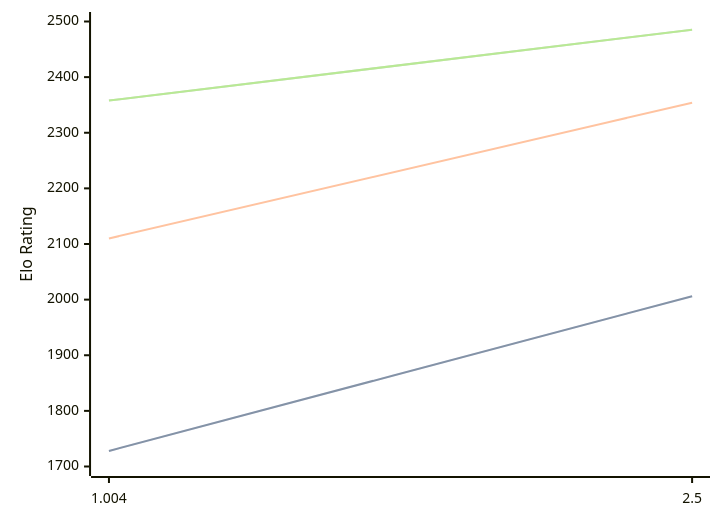
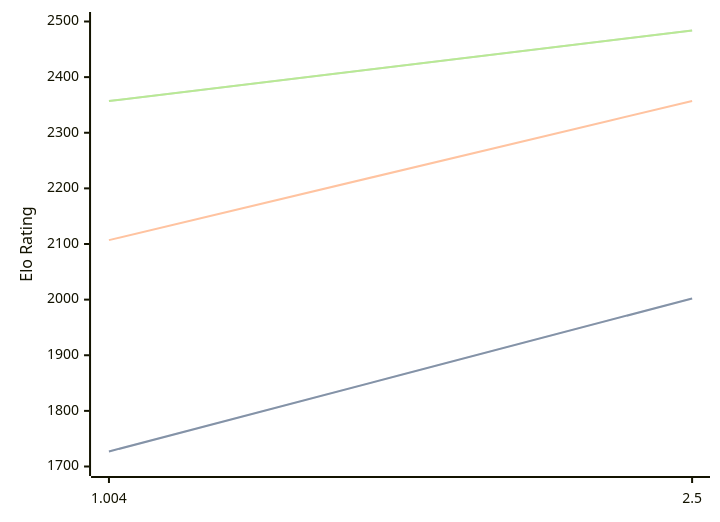
One commit to computer-chess-index/cci changed the diagram in engines/Ares.md. Above: the diagram before and after it, drawn with Mermaid. The commit also changed other lines of this file, not shown here.

Commit message:
Update CCI Ratings (ELO VLTC) - 2026-04-27

````diff
--- a/engines/Ares.md
+++ b/engines/Ares.md
@@ -32,11 +32,11 @@
 ```mermaid
 %%{init: {"theme":"base","themeVariables":{"seriesColors:['#a3a3a3','#222221','#faa371']}}}%%
 xychart-beta
   x-axis ["1.004", "2.5"]
   y-axis "Elo Rating" 1700 --> 2500
-  line "STC (8.0+0.08s)" [1728, 2006]
-  line "STC (8.0+0.08s)" [1728, 2006]
-  line "LTC (60.0+0.60s)" [2110, 2354]
-  line "VLTC (2m24s+1.12s)" [2358, 2485]
-  line "VLTC (2m24s+1.12s)" [2358, 2485]
+  line "STC (8.0+0.08s)" [1727, 2002]
+  line "STC (8.0+0.08s)" [1727, 2002]
+  line "LTC (60.0+0.60s)" [2107, 2357]
+  line "VLTC (2m24s+1.12s)" [2357, 2484]
+  line "VLTC (2m24s+1.12s)" [2357, 2484]
 ```
````
